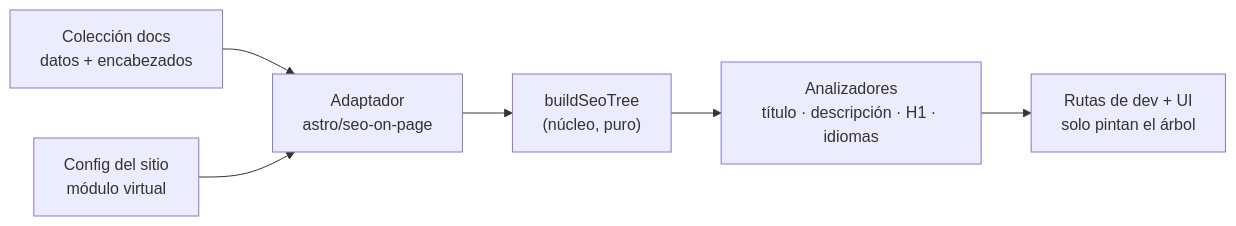
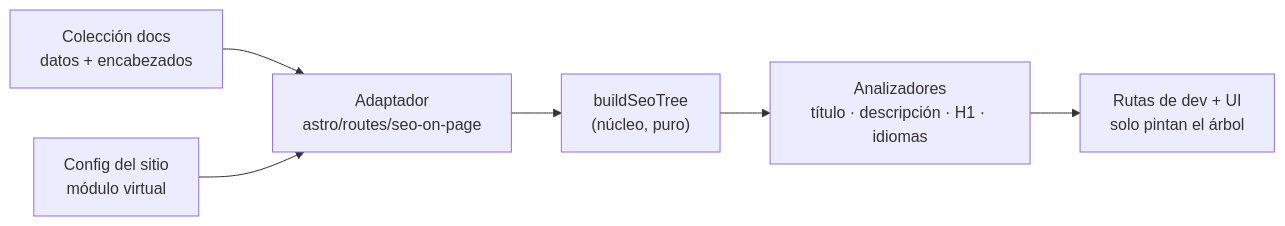
Before and after one commit to velezanthony/design: the diagram in docs/src/content/docs/integracion/seo-on-page.md, drawn with Mermaid. The commit also changed other lines of this file and 1 other file, not shown here.

First line of the commit message:
docs: the SEO on page panel paths, atoms and DocsLayout feed

````diff
--- a/docs/src/content/docs/integracion/seo-on-page.md
+++ b/docs/src/content/docs/integracion/seo-on-page.md
@@ -43,8 +43,8 @@
 ```mermaid
 flowchart LR
-  col["Colección docs<br/>datos + encabezados"] --> ad["Adaptador<br/>astro/seo-on-page"]
+  col["Colección docs<br/>datos + encabezados"] --> ad["Adaptador<br/>astro/routes/seo-on-page"]
   cfg["Config del sitio<br/>módulo virtual"] --> ad
   ad --> tree["buildSeoTree<br/>(núcleo, puro)"]
   tree --> an["Analizadores<br/>título · descripción · H1 · idiomas"]
   an --> ui["Rutas de dev + UI<br/>solo pintan el árbol"]
 ```
````
